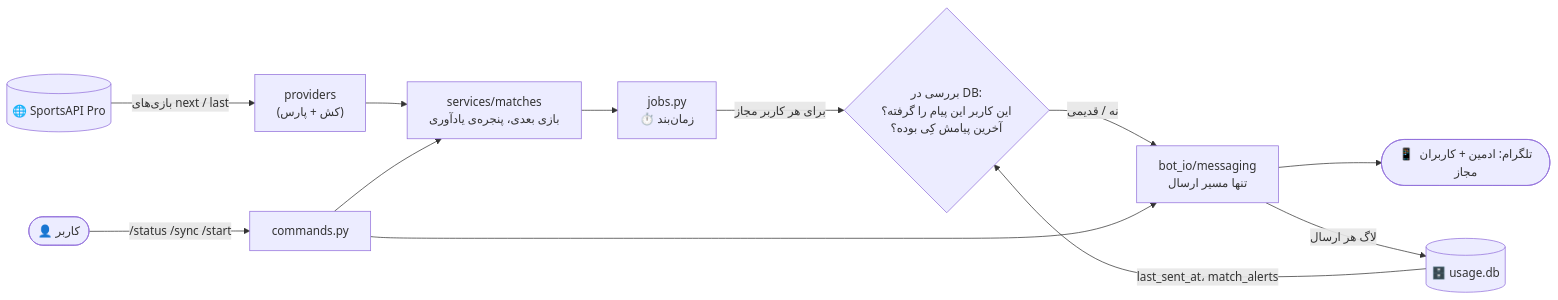
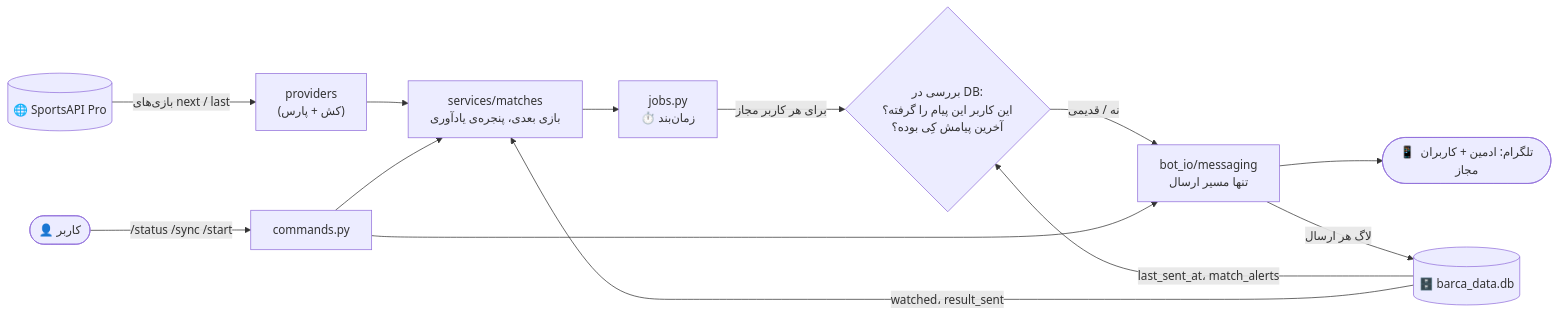
Before and after one commit to mahdisp1999/barca-bot: the first of 2 diagrams in Architecture.md, drawn with Mermaid. The commit also changed other lines of this file and 13 other files, not shown here.

````diff
--- a/Architecture.md
+++ b/Architecture.md
@@ -22,14 +22,15 @@
 ```mermaid
 flowchart LR
     API[("🌐 SportsAPI Pro")] -->|بازی‌های next / last| P["providers<br/>(کش + پارس)"]
     P --> M["services/matches<br/>بازی بعدی، پنجره‌ی یادآوری"]
     M --> J["jobs.py<br/>⏱️ زمان‌بند"]
     J -->|برای هر کاربر مجاز| R{"بررسی در DB:<br/>این کاربر این پیام را گرفته؟<br/>آخرین پیامش کِی بوده؟"}
     R -->|نه / قدیمی| S["bot_io/messaging<br/>تنها مسیر ارسال"]
     S --> T(["📱 تلگرام: ادمین + کاربران مجاز"])
-    S -->|لاگ هر ارسال| DB[("🗄️ usage.db")]
+    S -->|لاگ هر ارسال| DB[("🗄️ barca_data.db")]
     DB -->|last_sent_at، match_alerts| R
+    DB -->|watched، result_sent| M
     U(["👤 کاربر"]) -->|/status /sync /start| C["commands.py"]
     C --> S
     C --> M
 ```
````
